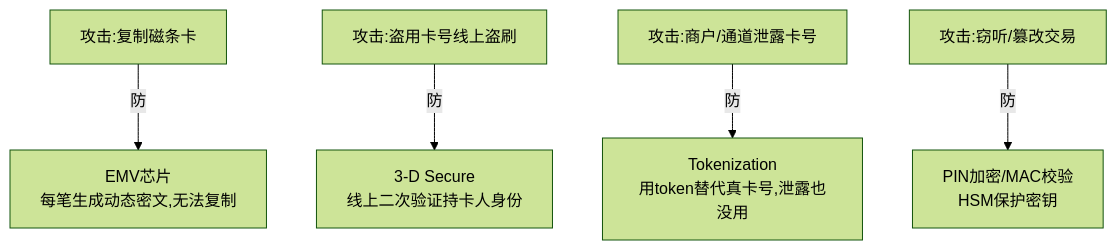
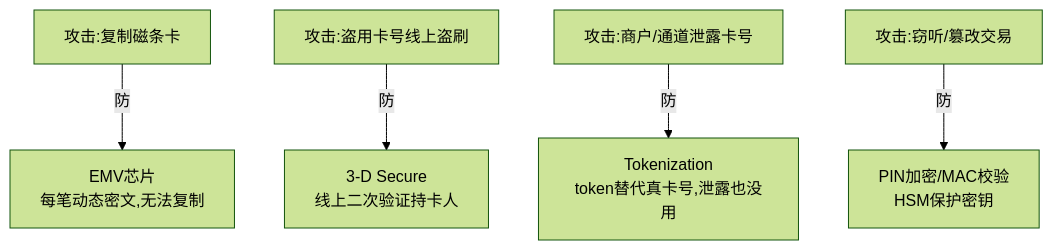
Diagram 11 of 14 in payment/traditional-payment/01-cards-tech-aws.md (loong-ju/tech-research), drawn with Mermaid (forest theme) before and after one commit. The commit also changed other lines of this file and 4 other files, not shown here.

````diff
--- a/payment/traditional-payment/01-cards-tech-aws.md
+++ b/payment/traditional-payment/01-cards-tech-aws.md
@@ -98,7 +254,7 @@
 ```mermaid
 flowchart TB
-    T1["攻击:复制磁条卡"] -->|防| D1["EMV芯片<br/>每笔生成动态密文,无法复制"]
-    T2["攻击:盗用卡号线上盗刷"] -->|防| D2["3-D Secure<br/>线上二次验证持卡人身份"]
-    T3["攻击:商户/通道泄露卡号"] -->|防| D3["Tokenization<br/>用token替代真卡号,泄露也没用"]
+    T1["攻击:复制磁条卡"] -->|防| D1["EMV芯片<br/>每笔动态密文,无法复制"]
+    T2["攻击:盗用卡号线上盗刷"] -->|防| D2["3-D Secure<br/>线上二次验证持卡人"]
+    T3["攻击:商户/通道泄露卡号"] -->|防| D3["Tokenization<br/>token替代真卡号,泄露也没用"]
     T4["攻击:窃听/篡改交易"] -->|防| D4["PIN加密/MAC校验<br/>HSM保护密钥"]
 ```
````
